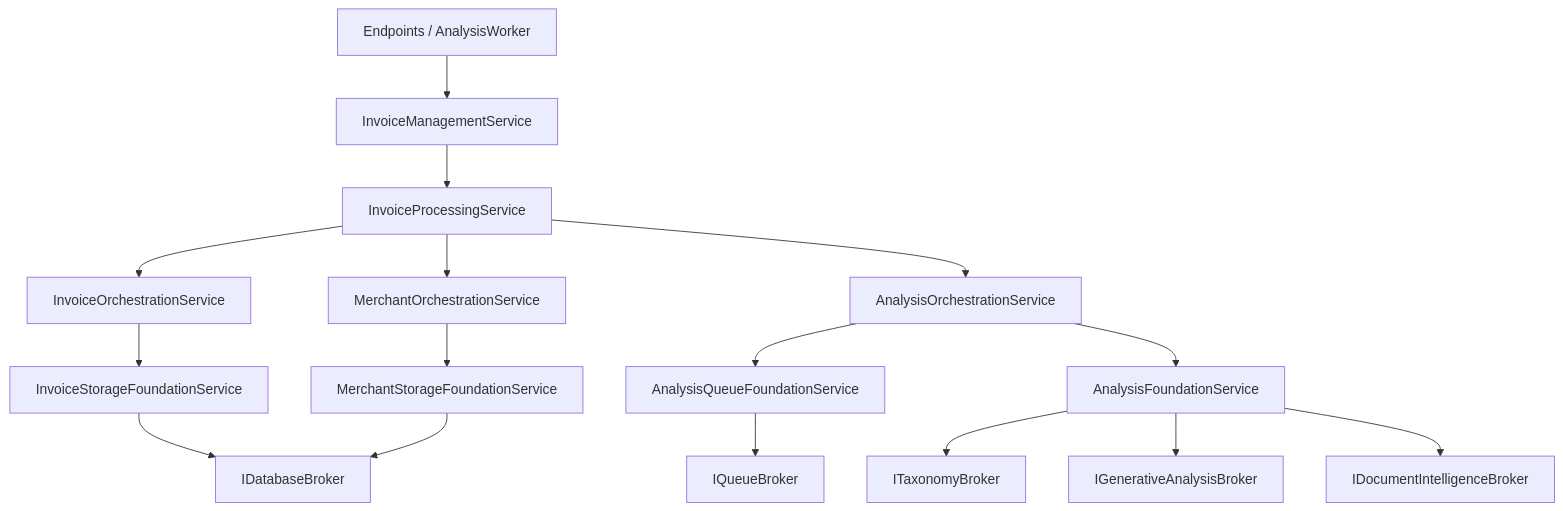
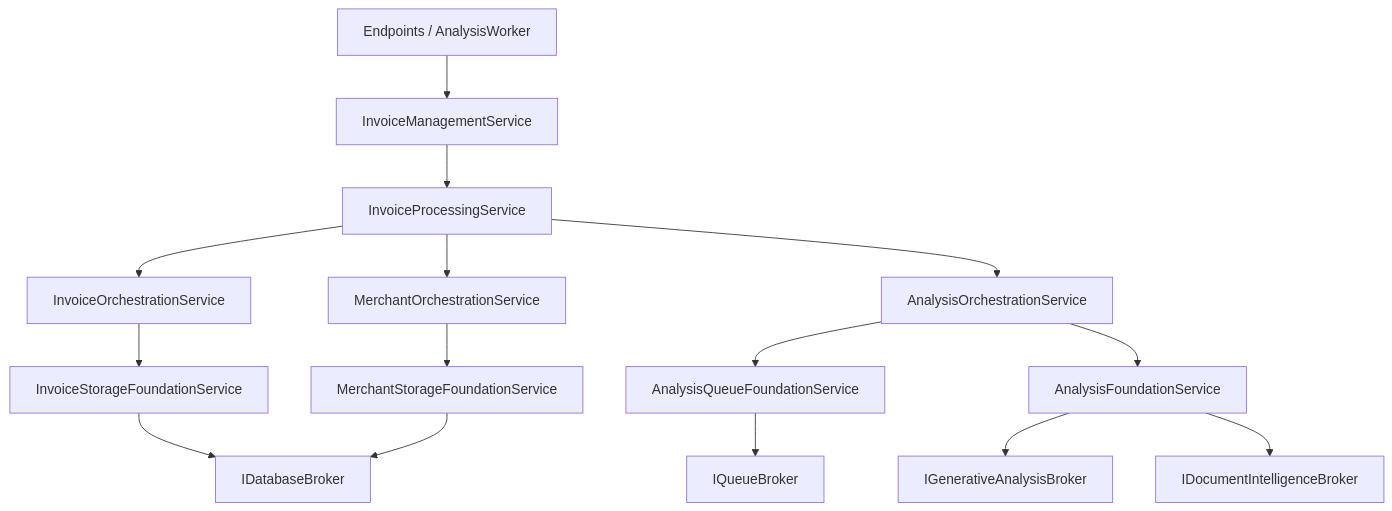
One commit to arolariu/arolariu.ro changed the diagram in docs/rfc/2003-the-standard-implementation.md. Above: the diagram before and after it, drawn with Mermaid. The commit also changed other lines of this file and 366 other files, not shown here.

````diff
--- a/docs/rfc/2003-the-standard-implementation.md
+++ b/docs/rfc/2003-the-standard-implementation.md
@@ -62,34 +62,32 @@
 ```mermaid
 flowchart TB
   Adapters[Endpoints / AnalysisWorker]
   Management[InvoiceManagementService]
   Processing[InvoiceProcessingService]
   InvoiceOrch[InvoiceOrchestrationService]
   MerchantOrch[MerchantOrchestrationService]
   AnalysisOrch[AnalysisOrchestrationService]
   InvoiceFoundation[InvoiceStorageFoundationService]
   MerchantFoundation[MerchantStorageFoundationService]
   AnalysisFoundation[AnalysisFoundationService]
   QueueFoundation[AnalysisQueueFoundationService]
   DatabaseBroker[IDatabaseBroker]
-  TaxonomyBroker[ITaxonomyBroker]
   GenerativeBroker[IGenerativeAnalysisBroker]
   DocumentBroker[IDocumentIntelligenceBroker]
   QueueBroker[IQueueBroker]
 
   Adapters --> Management
   Management --> Processing
   Processing --> InvoiceOrch
   Processing --> MerchantOrch
   Processing --> AnalysisOrch
   InvoiceOrch --> InvoiceFoundation
   MerchantOrch --> MerchantFoundation
   AnalysisOrch --> QueueFoundation
   AnalysisOrch --> AnalysisFoundation
   InvoiceFoundation --> DatabaseBroker
   MerchantFoundation --> DatabaseBroker
-  AnalysisFoundation --> TaxonomyBroker
   AnalysisFoundation --> GenerativeBroker
   AnalysisFoundation --> DocumentBroker
   QueueFoundation --> QueueBroker
 ```
````
